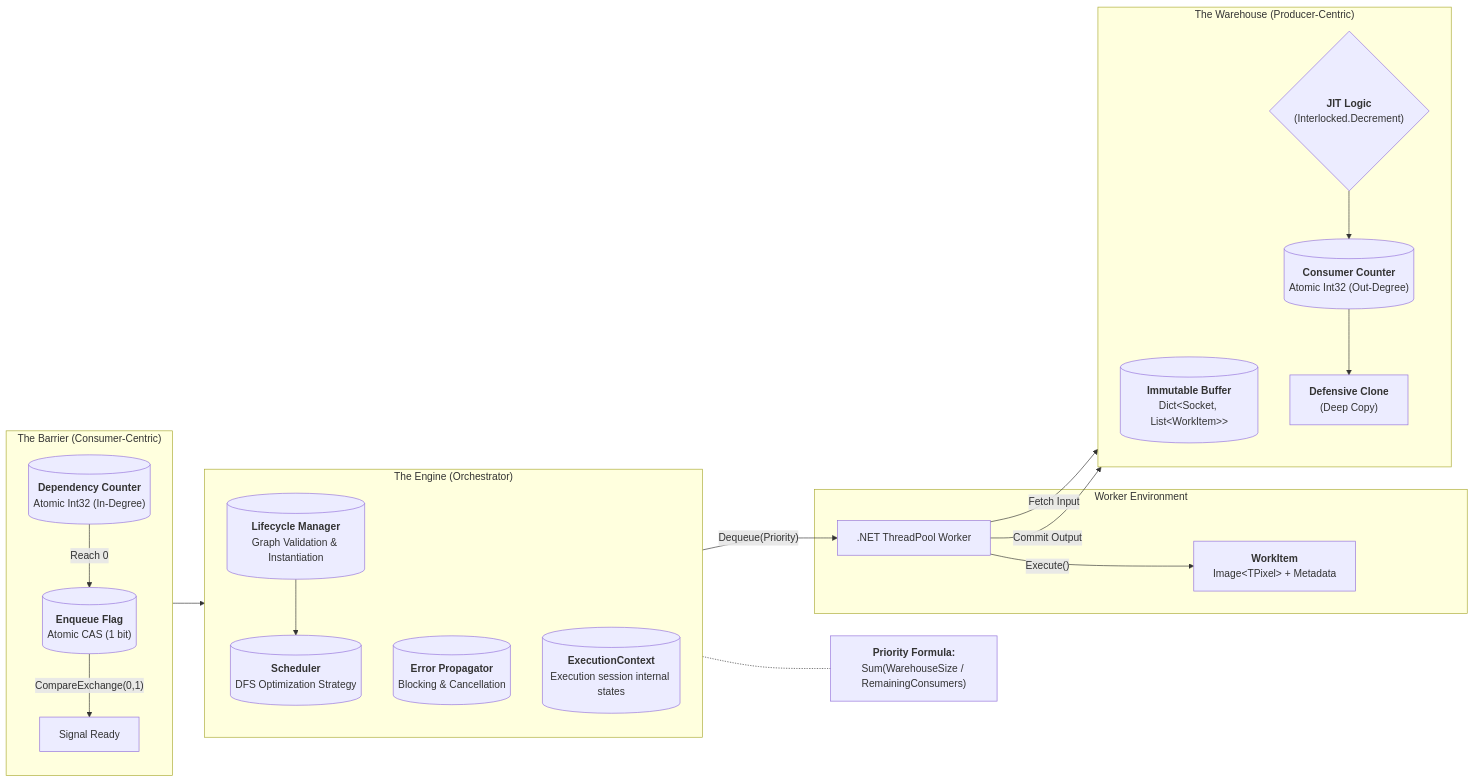
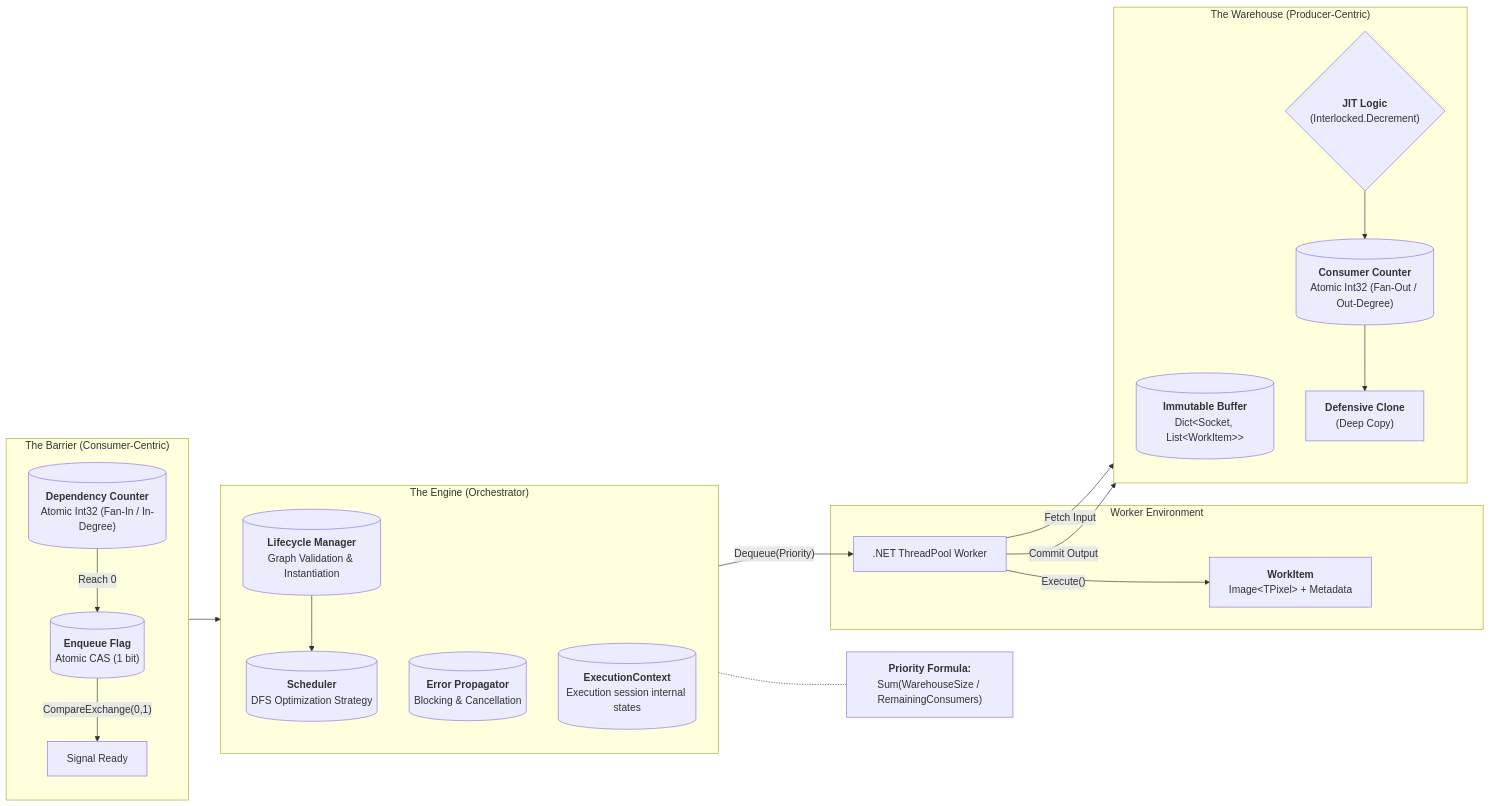
Before and after one commit to IT008-2025-Nhom20/ImageAutomate: the second of 4 diagrams in docs/design/ExecutionEngine.md, drawn with Mermaid. The commit also changed other lines of this file, not shown here.

````diff
--- a/docs/design/ExecutionEngine.md
+++ b/docs/design/ExecutionEngine.md
@@ -721,48 +721,48 @@
 ```mermaid
 flowchart LR
     subgraph Orchestrator ["The Engine (Orchestrator)"]
         direction TB
         Lifecycle[("<b>Lifecycle Manager</b><br/>Graph Validation & Instantiation")]
         Scheduler[("<b>Scheduler</b><br/>DFS Optimization Strategy")]
         ErrorHandler[("<b>Error Propagator</b><br/>Blocking & Cancellation")]
         Context[("<b>ExecutionContext</b><br/>Execution session internal states")]
 
         Lifecycle --> Scheduler
     end
 
     subgraph Execution ["Worker Environment"]
         Thread[".NET ThreadPool Worker"]
         WorkItem["<b>WorkItem</b><br/>Image&lt;TPixel&gt; + Metadata"]
     end
 
     subgraph Storage ["The Warehouse (Producer-Centric)"]
         direction TB
         Buffer[("<b>Immutable Buffer</b><br/>Dict&lt;Socket, List&lt;WorkItem&gt;&gt;")]
-        ConsCounter[("<b>Consumer Counter</b><br/>Atomic Int32 (Out-Degree)")]
+        ConsCounter[("<b>Consumer Counter</b><br/>Atomic Int32 (Fan-Out / Out-Degree)")]
         JITLogic{"<b>JIT Logic</b><br/>(Interlocked.Decrement)"}
 
         Buffer
         JITLogic --> ConsCounter
         ConsCounter --> Clone["<b>Defensive Clone</b><br/>(Deep Copy)"]
 
     end
 
     subgraph Synchronization ["The Barrier (Consumer-Centric)"]
         direction TB
-        DepCounter[("<b>Dependency Counter</b><br/>Atomic Int32 (In-Degree)")]
+        DepCounter[("<b>Dependency Counter</b><br/>Atomic Int32 (Fan-In / In-Degree)")]
         EnqFlag[("<b>Enqueue Flag</b><br/>Atomic CAS (1 bit)")]
 
         DepCounter -- "Reach 0" --> EnqFlag
         EnqFlag -- "CompareExchange(0,1)" --> Signal["Signal Ready"]
     end
 
     %% Interactions
     Signal --> Scheduler
     Scheduler -- "Dequeue(Priority)" --> Thread
     Thread -- "Execute()" --> WorkItem
     Thread -- "Fetch Input" --> JITLogic
     Thread -- "Commit Output" --> Buffer
 
     %% Priority Logic Note
     Scheduler -.- PriorityNote["<b>Priority Formula:</b><br/>Sum(WarehouseSize / RemainingConsumers)"]
 ```
````
